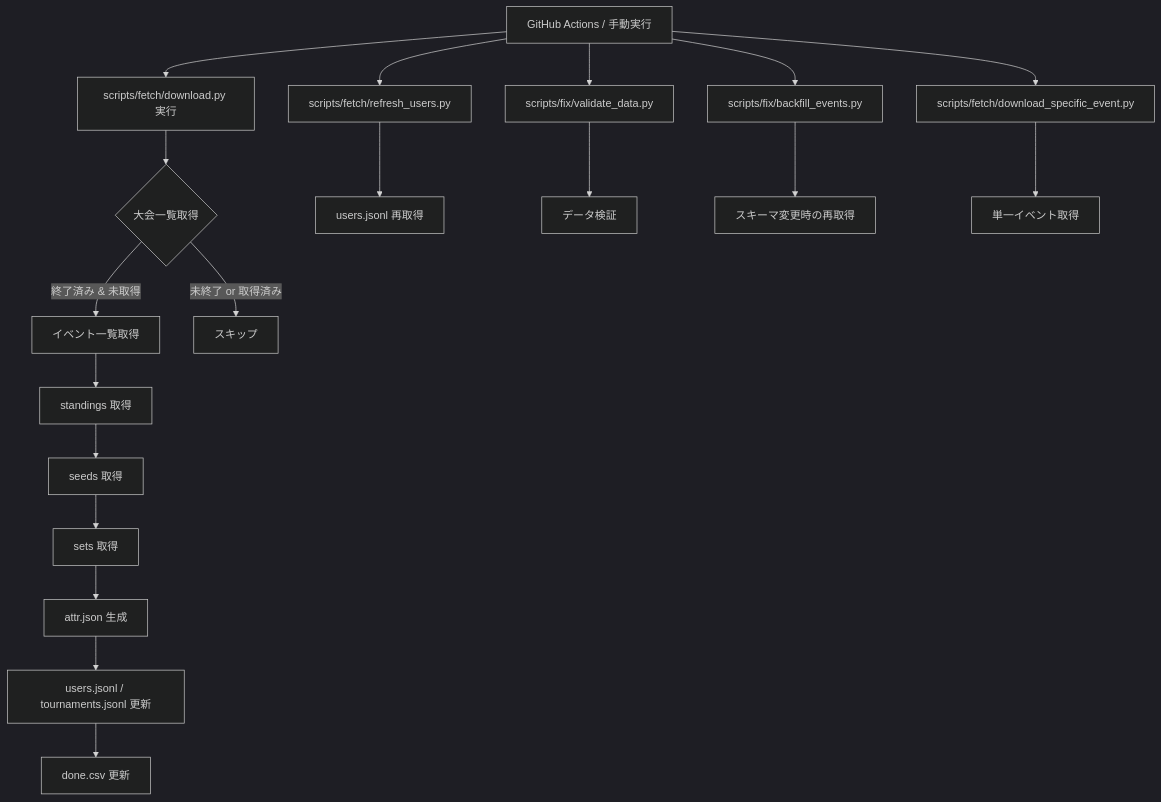
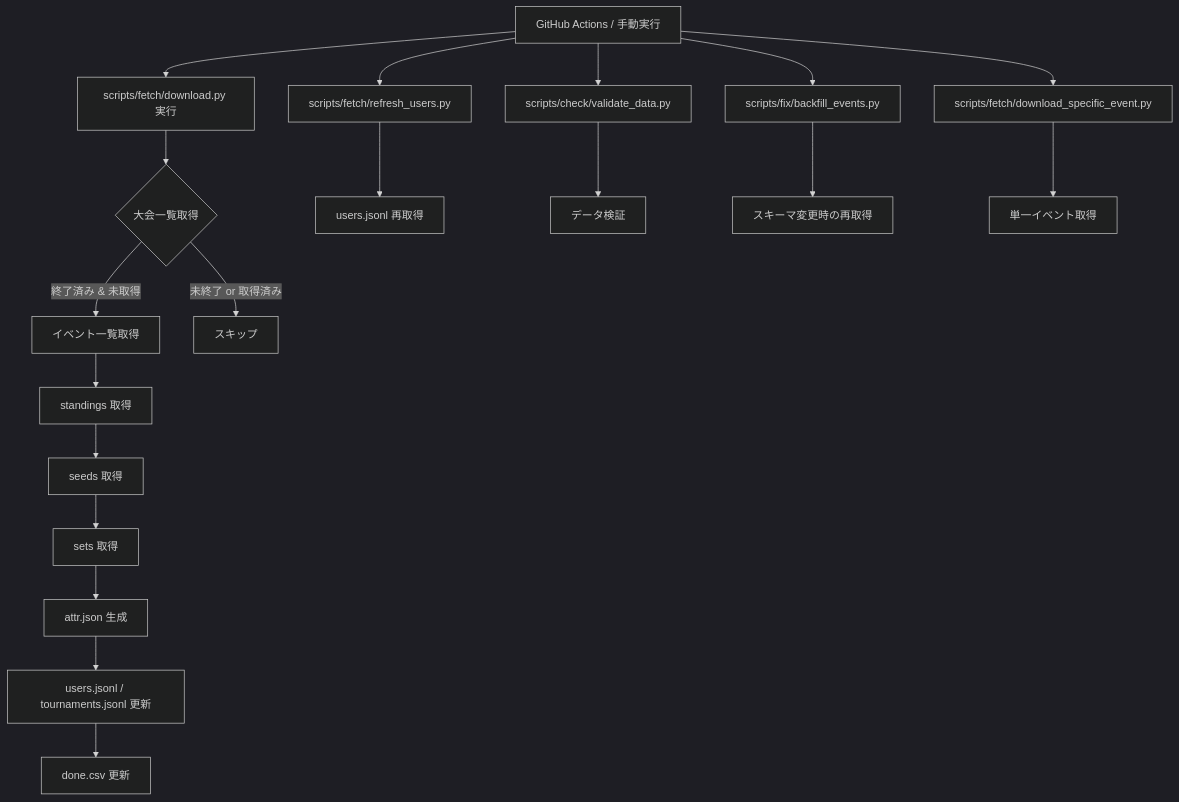
The diagram in docs/flow.md (skyinthehand/smash_database), drawn with Mermaid (dark theme) before and after one commit. The commit also changed 38 other files, not shown here.

Commit message:
refactor: reorganize scripts and separate state/config from public data

````diff
--- a/docs/flow.md
+++ b/docs/flow.md
@@ -4,26 +4,26 @@
 ```mermaid
 flowchart TD
     A[GitHub Actions / 手動実行] --> B[scripts/fetch/download.py 実行]
     B --> C{大会一覧取得}
     C -->|終了済み & 未取得| D[イベント一覧取得]
     D --> E[standings 取得]
     E --> F[seeds 取得]
     F --> G[sets 取得]
     G --> H[attr.json 生成]
     H --> I[users.jsonl / tournaments.jsonl 更新]
     I --> J[done.csv 更新]
 
     C -->|未終了 or 取得済み| K[スキップ]
 
     A --> L[scripts/fetch/refresh_users.py]
     L --> M[users.jsonl 再取得]
 
-    A --> N[scripts/fix/validate_data.py]
+    A --> N[scripts/check/validate_data.py]
     N --> O[データ検証]
 
     A --> P[scripts/fix/backfill_events.py]
     P --> Q[スキーマ変更時の再取得]
 
     A --> R[scripts/fetch/download_specific_event.py]
     R --> S[単一イベント取得]
 ```
````
